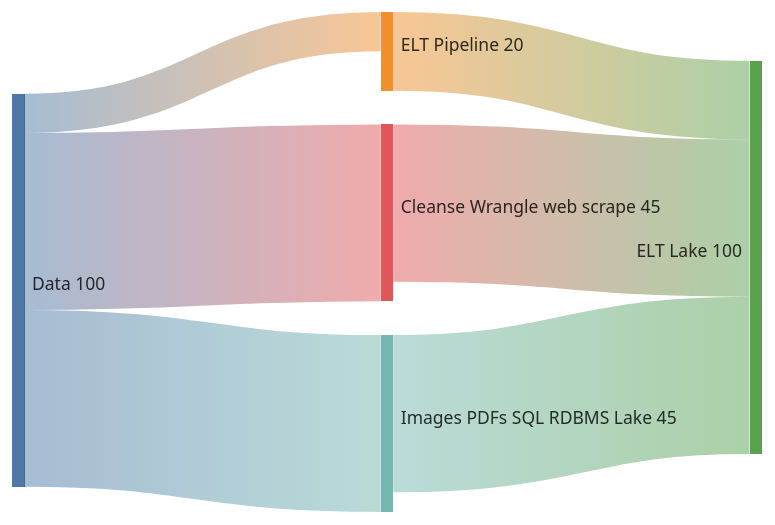
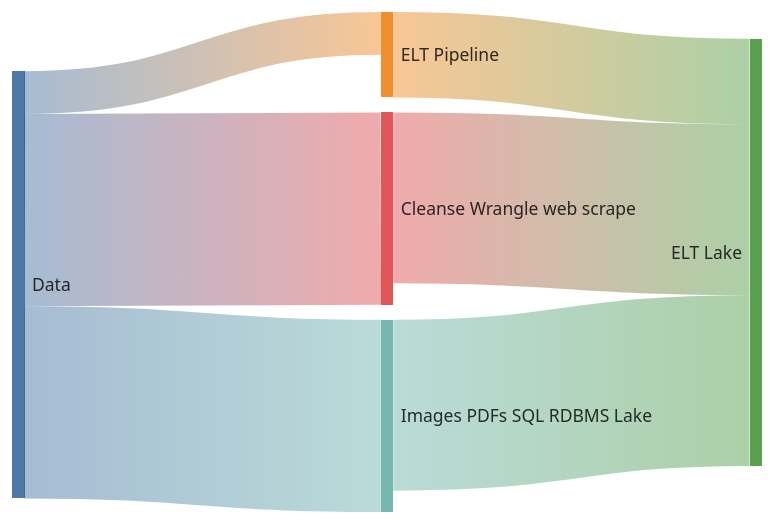
The second of 2 diagrams in README.md (AmitXShukla/GenAI), drawn with Mermaid before and after one commit.

````diff
--- a/README.md
+++ b/README.md
@@ -114,12 +114,18 @@
 ```mermaid
+---
+config:
+  sankey:
+    showValues: false
+---
+
 sankey-beta
 
 %% source,target,value
  Data, ELT Pipeline, 10
  Data, Cleanse Wrangle web scrape, 45
  Data, Images PDFs SQL RDBMS Lake, 45
  ELT Pipeline, ELT Lake, 20
  Cleanse Wrangle web scrape, ELT Lake, 40
  Images PDFs SQL RDBMS Lake, ELT Lake, 40
 
 ```
````
